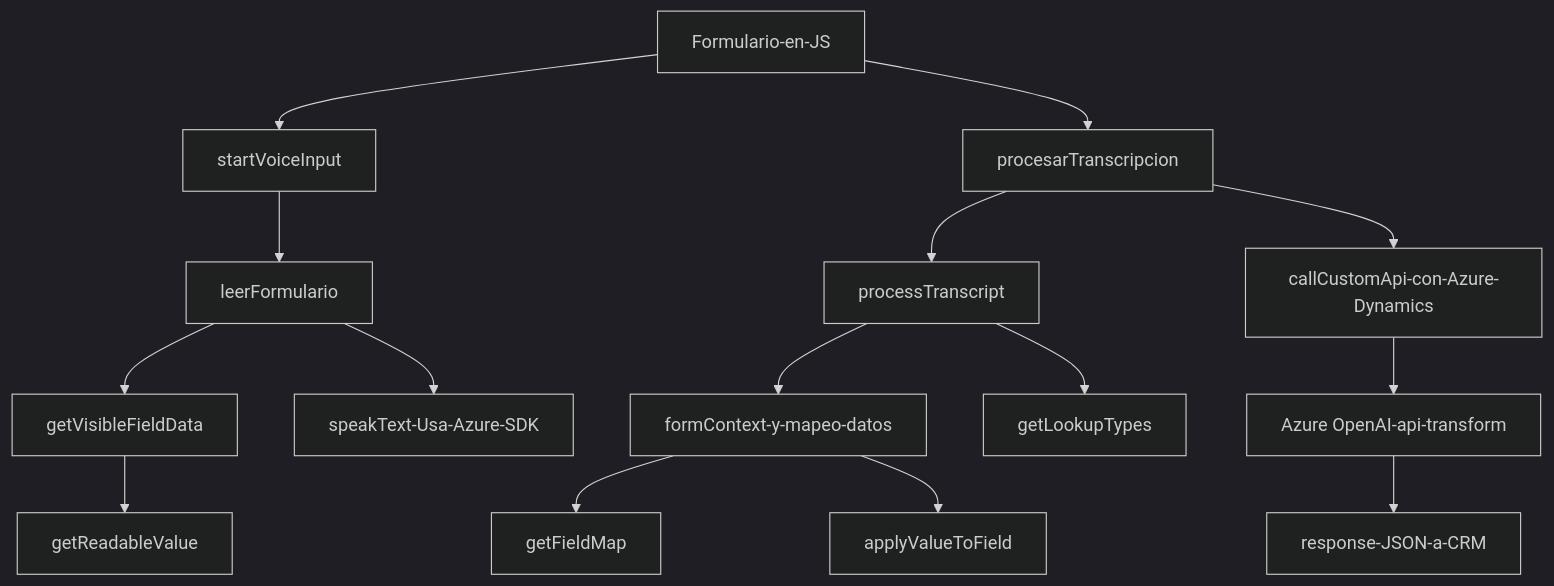
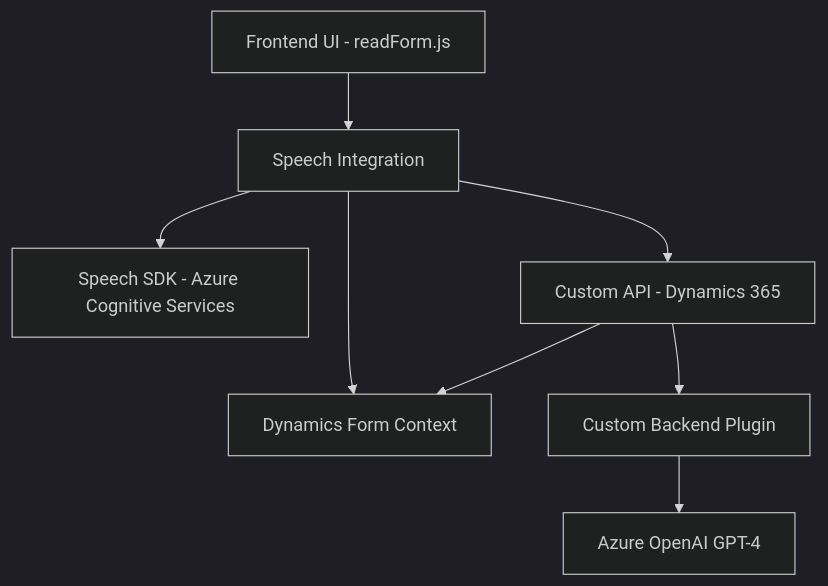
The diagram in README.md (blopezdm/NETCORE_BILBAO2025), drawn with Mermaid (dark theme) before and after one commit. The commit also changed other lines of this file, not shown here.

Commit message:
Actualizar análisis global de la solución con IA

````diff
--- a/README.md
+++ b/README.md
@@ -43,17 +32,18 @@
 ```mermaid
 graph TD
-    A[Formulario-en-JS] --> B[startVoiceInput]
-    B --> C[leerFormulario]
-    C --> D[getVisibleFieldData]
-    D --> F[getReadableValue]
-    C --> E[speakText-Usa-Azure-SDK]
-    A --> G[procesarTranscripcion]
-    G --> H[processTranscript]
-    H --> I[formContext-y-mapeo-datos]
-    I --> J[getFieldMap]
-    I --> K[applyValueToField]
-    G --> L[callCustomApi-con-Azure-Dynamics]
-    H --> N[getLookupTypes]
-    L --> M["Azure OpenAI-api-transform"]
-    M --> O[response-JSON-a-CRM]
+    A["Frontend UI - readForm.js"]
+    B["Speech Integration"]
+    C["Speech SDK - Azure Cognitive Services"]
+    D["Custom API - Dynamics 365"]
+    E["Dynamics Form Context"]
+    F["Custom Backend Plugin"]
+    G["Azure OpenAI GPT-4"]
+
+    A --> B
+    B --> C
+    B --> E
+    B --> D
+    D --> E
+    D --> F
+    F --> G
 ```
````
